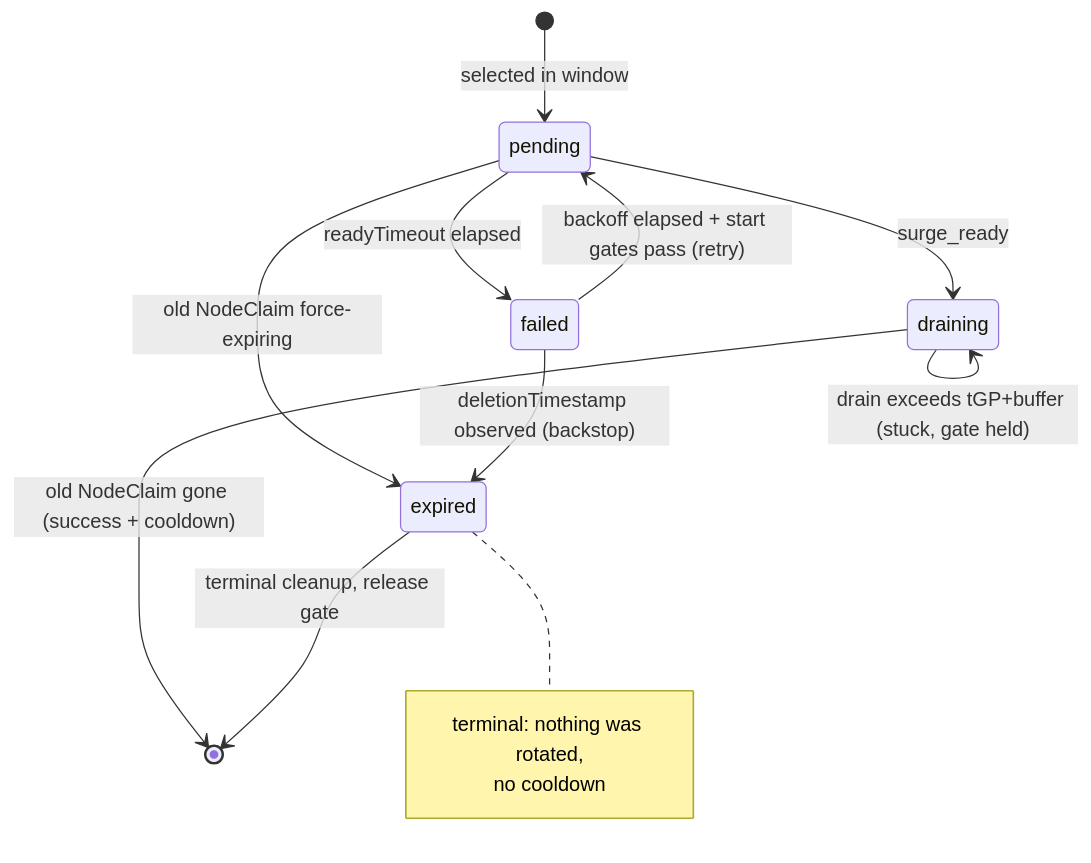
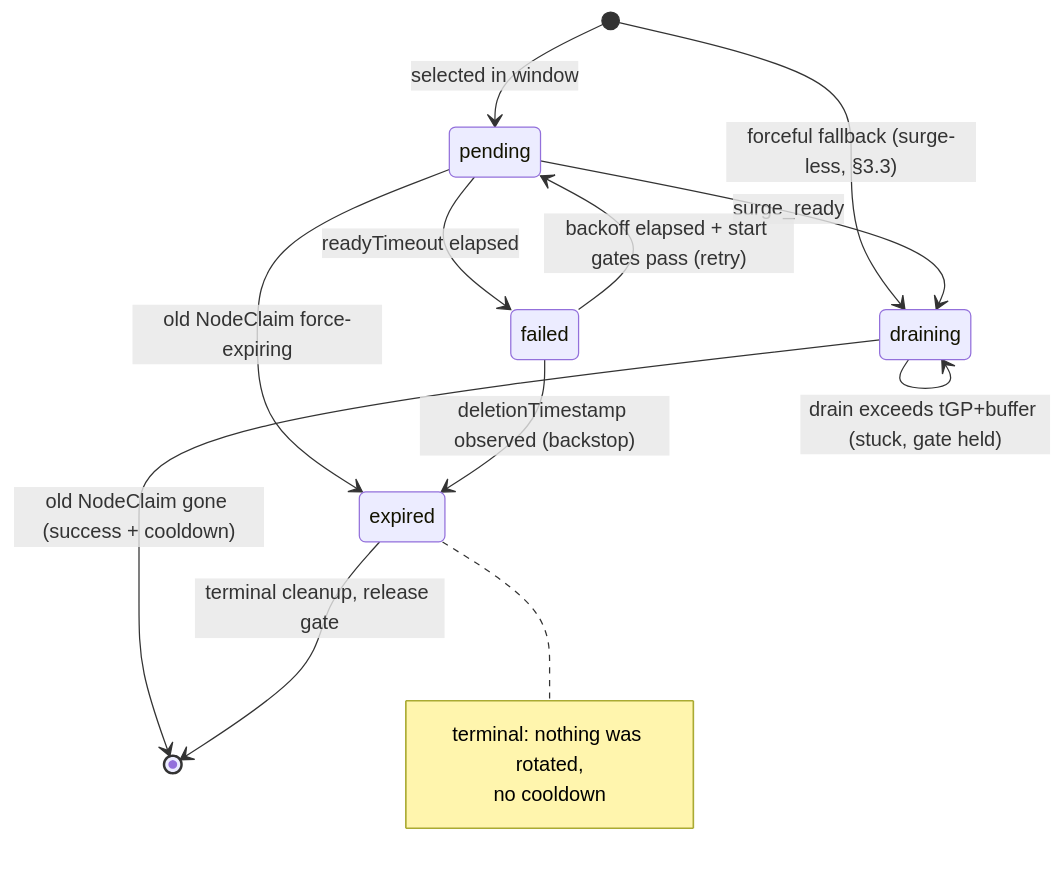
The third of 3 diagrams in docs/specification/05-implementation.md (AkashiSN/node-rotation-controller), drawn with Mermaid before and after one commit. The commit also changed other lines of this file and 6 other files, not shown here.

````diff
--- a/docs/specification/05-implementation.md
+++ b/docs/specification/05-implementation.md
@@ -303,16 +315,17 @@
 ```mermaid
 stateDiagram-v2
     [*] --> pending: selected in window
+    [*] --> draining: forceful fallback (surge-less, §3.3)
     pending --> draining: surge_ready
     pending --> failed: readyTimeout elapsed
     pending --> expired: old NodeClaim force-expiring
     draining --> [*]: old NodeClaim gone (success + cooldown)
     failed --> pending: backoff elapsed + start gates pass (retry)
     failed --> expired: deletionTimestamp observed (backstop)
     expired --> [*]: terminal cleanup, release gate
     draining --> draining: drain exceeds tGP+buffer (stuck, gate held)
     note right of expired
         terminal: nothing was rotated,
         no cooldown
     end note
 ```
````
